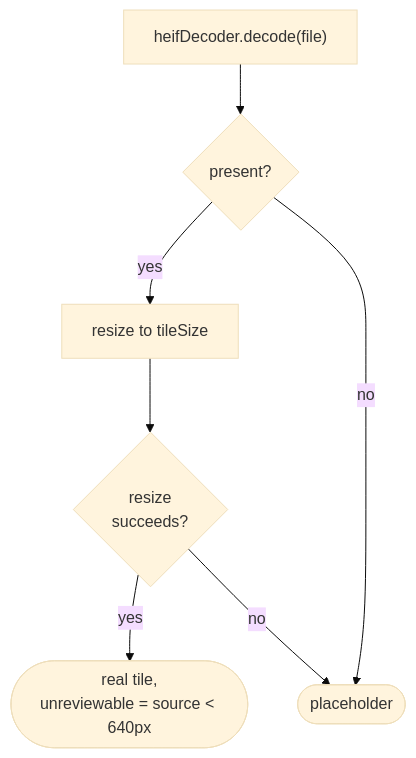
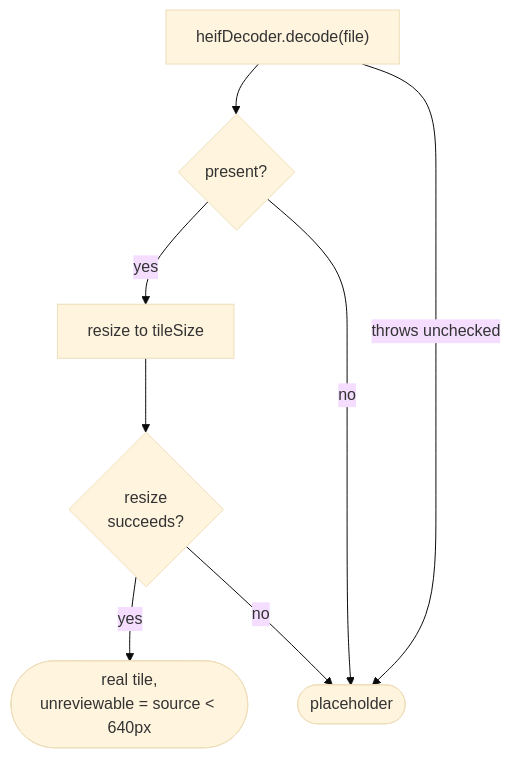
The third of 4 diagrams in app/docs/design/adapter/imaging/tile-renderer.md (AdrianNachev91/sluice), drawn with Mermaid (base theme) before and after one commit. The commit also changed other lines of this file and 44 other files, not shown here.

````diff
--- a/app/docs/design/adapter/imaging/tile-renderer.md
+++ b/app/docs/design/adapter/imaging/tile-renderer.md
@@ -56,9 +56,10 @@
 ```mermaid
 flowchart TD
     A["heifDecoder.decode(file)"] --> B{"present?"}
     B -- yes --> C["resize to tileSize"]
     C --> D{"resize<br/>succeeds?"}
     D -- yes --> E(["real tile,<br/>unreviewable = source < 640px"])
     D -- no --> F(["placeholder"])
     B -- no --> F
+    A -- "throws unchecked" --> F
 ```
````
